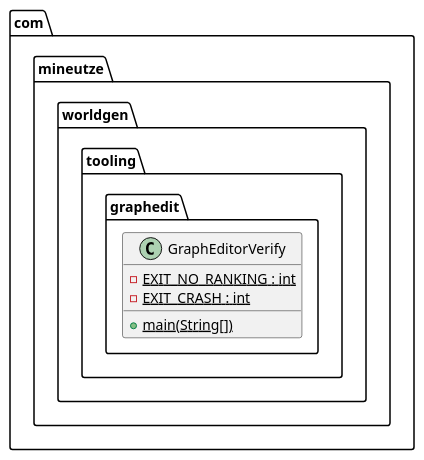
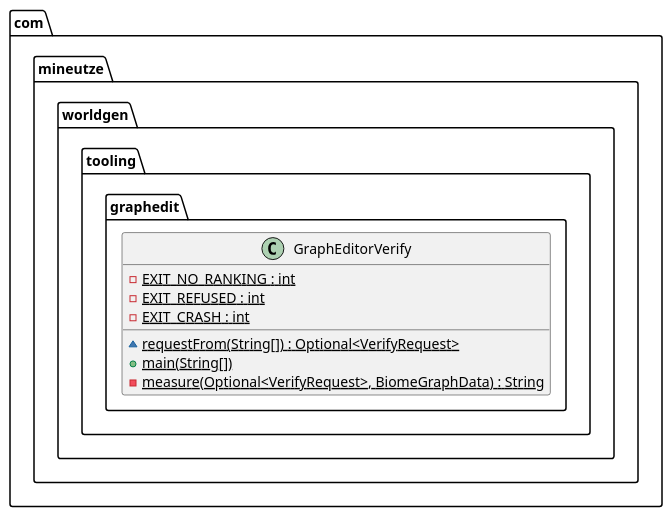
The diagram in companion-mods/mineutze-worldgen/doc/Modelisation/Fragments/com/mineutze/worldgen/tooling/graphedit/GraphEditorVerify.puml (Boulede987/Mine-Utz), drawn with PlantUML before and after one commit. The commit also changed 41 other files, not shown here.

Commit message:
docs(worldgen): regenerate class diagrams for Verify picks

```diff
--- a/companion-mods/mineutze-worldgen/doc/Modelisation/Fragments/com/mineutze/worldgen/tooling/graphedit/GraphEditorVerify.puml
+++ b/companion-mods/mineutze-worldgen/doc/Modelisation/Fragments/com/mineutze/worldgen/tooling/graphedit/GraphEditorVerify.puml
@@ -1,7 +1,10 @@
 namespace com.mineutze.worldgen.tooling.graphedit {
 class GraphEditorVerify {
   - {static} EXIT_NO_RANKING : int
+  - {static} EXIT_REFUSED : int
   - {static} EXIT_CRASH : int
+  ~ {static} requestFrom(String[]) : Optional<VerifyRequest>
   + {static} main(String[])
+  - {static} measure(Optional<VerifyRequest>, BiomeGraphData) : String
 }
 }
```
